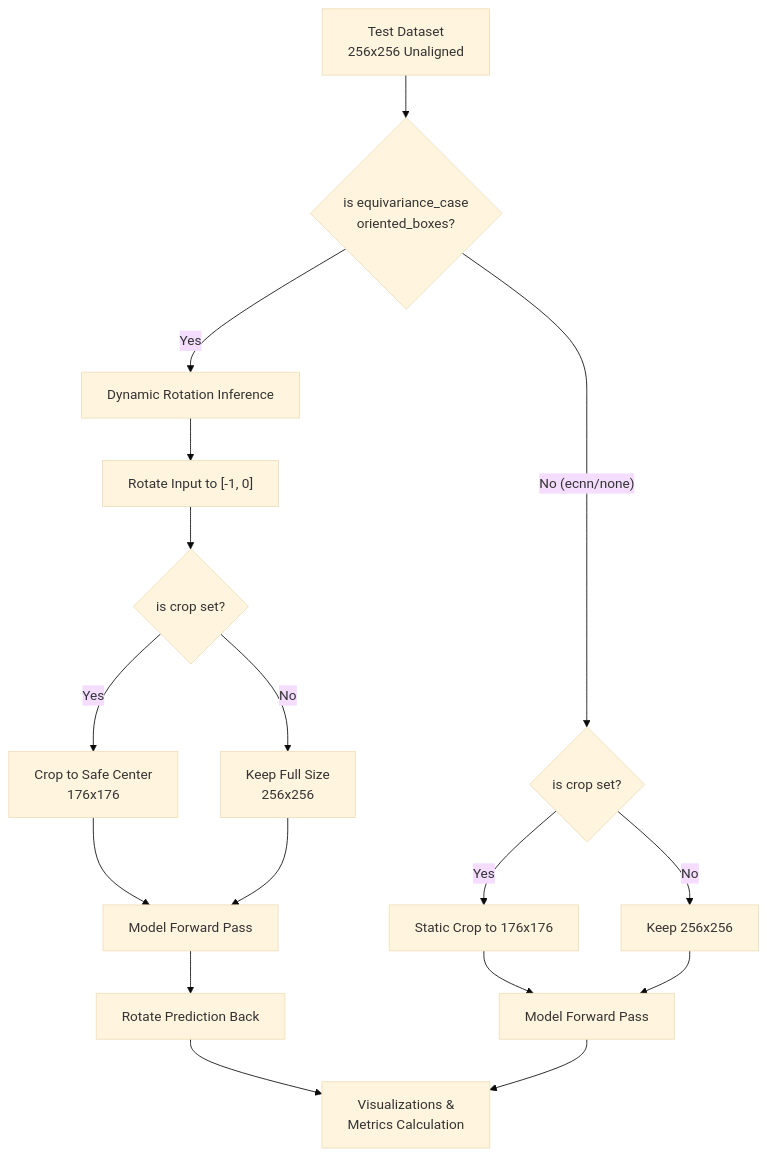
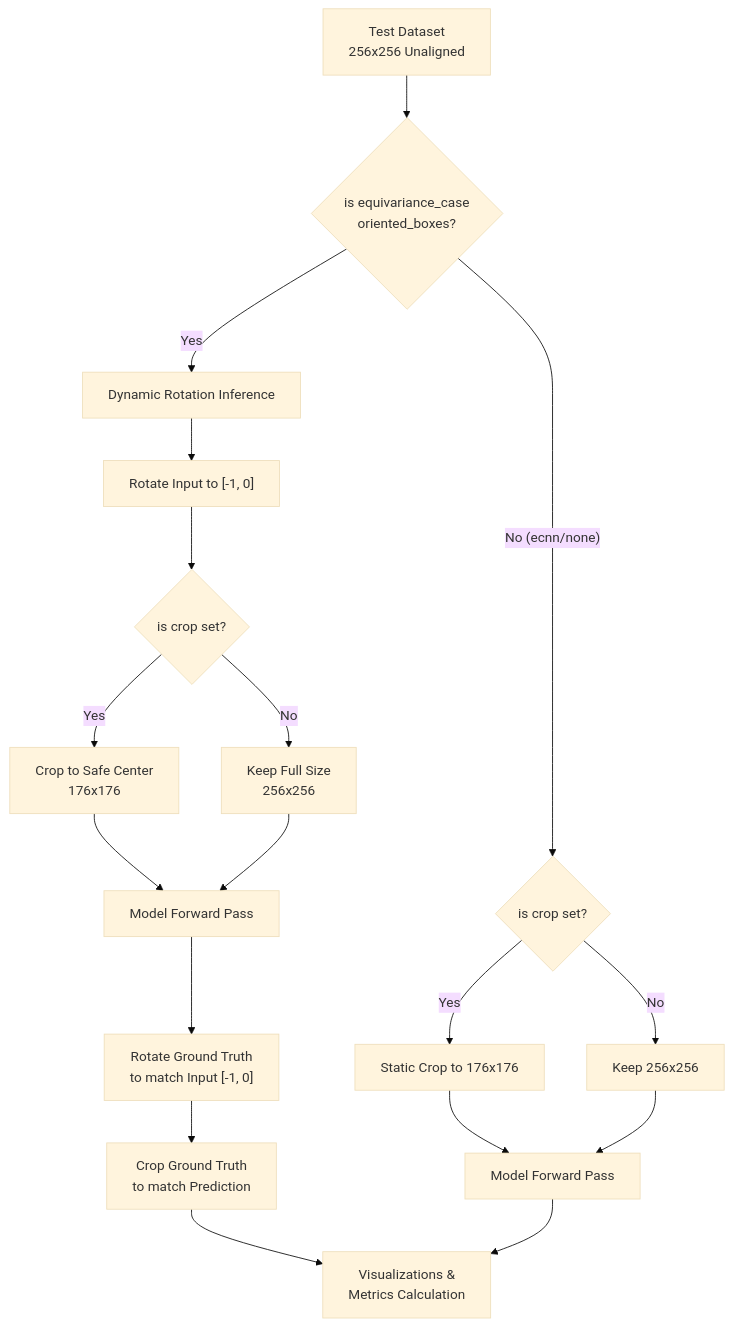
The second of 2 diagrams in README.md (pLm-k/1HP_NN_equivariance), drawn with Mermaid (base theme) before and after one commit. The commit also changed 3 other files, not shown here.

````diff
--- a/README.md
+++ b/README.md
@@ -177,29 +177,30 @@
 ```mermaid
 flowchart TD
     %% Testing Data
     Raw["Test Dataset<br>256x256 Unaligned"] --> IsOriented{"is equivariance_case<br>oriented_boxes?"}
 
     %% Oriented Boxes Logic
     IsOriented -- Yes --> InferRot["Dynamic Rotation Inference"]
     InferRot --> Align["Rotate Input to [-1, 0]"]
     Align --> CheckCrop{"is crop set?"}
     CheckCrop -- Yes --> DoCrop["Crop to Safe Center<br>176x176"]
     CheckCrop -- No --> NoCrop["Keep Full Size<br>256x256"]
     
     DoCrop --> Forward["Model Forward Pass"]
     NoCrop --> Forward
     
-    Forward --> RotBack["Rotate Prediction Back"]
+    Forward --> RotGT["Rotate Ground Truth<br>to match Input [-1, 0]"]
+    RotGT --> CropGT["Crop Ground Truth<br>to match Prediction"]
     
     %% Non-Oriented Logic (ECNN or standard)
     IsOriented -- "No (ecnn/none)" --> StaticCrop{"is crop set?"}
     StaticCrop -- Yes --> EcnnCrop["Static Crop to 176x176"]
     StaticCrop -- No --> EcnnNoCrop["Keep 256x256"]
     
     EcnnCrop --> StandardForward["Model Forward Pass"]
     EcnnNoCrop --> StandardForward
     
     %% Output
-    RotBack --> Out["Visualizations &<br>Metrics Calculation"]
+    CropGT --> Out["Visualizations &<br>Metrics Calculation"]
     StandardForward --> Out
 ```
````
